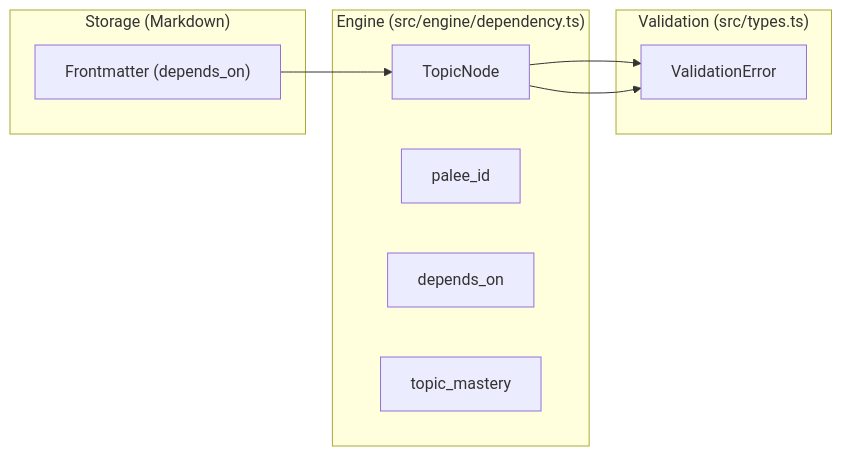
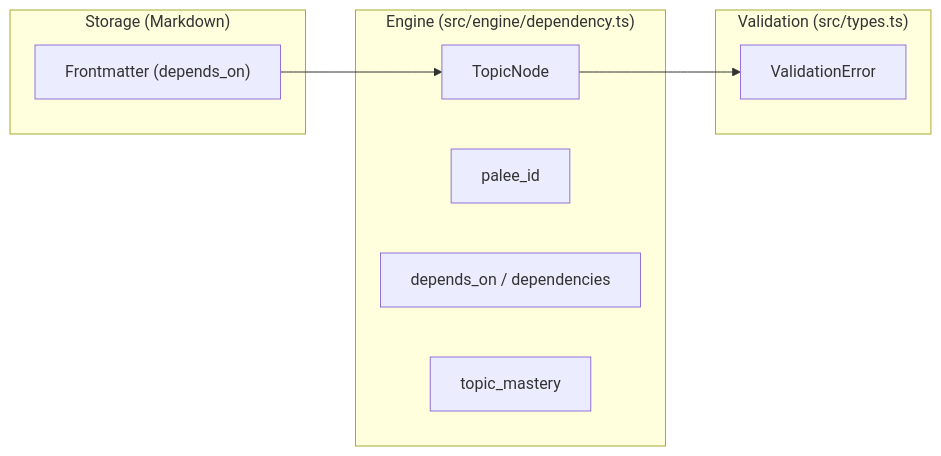
The second of 2 diagrams in docs/05-0-data-model-and-types.md (Kuldeep2822k/cli), drawn with Mermaid before and after one commit. The commit also changed other lines of this file and 27 other files, not shown here.

````diff
--- a/docs/05-0-data-model-and-types.md
+++ b/docs/05-0-data-model-and-types.md
@@ -116,18 +177,17 @@
 ```mermaid
 flowchart LR
     subgraph subGraph2 ["Validation (src/types.ts)"]
         VE["ValidationError"]
     end
     subgraph subGraph1 ["Engine (src/engine/dependency.ts)"]
         TN["TopicNode"]
         TN_ID["palee_id"]
-        TN_DEP["depends_on"]
+        TN_DEP["depends_on / dependencies"]
         TN_MST["topic_mastery"]
     end
     subgraph subGraph0 ["Storage (Markdown)"]
         FM["Frontmatter (depends_on)"]
     end
     FM --> TN
     TN --> VE
-    TN --> VE
 ```
````
